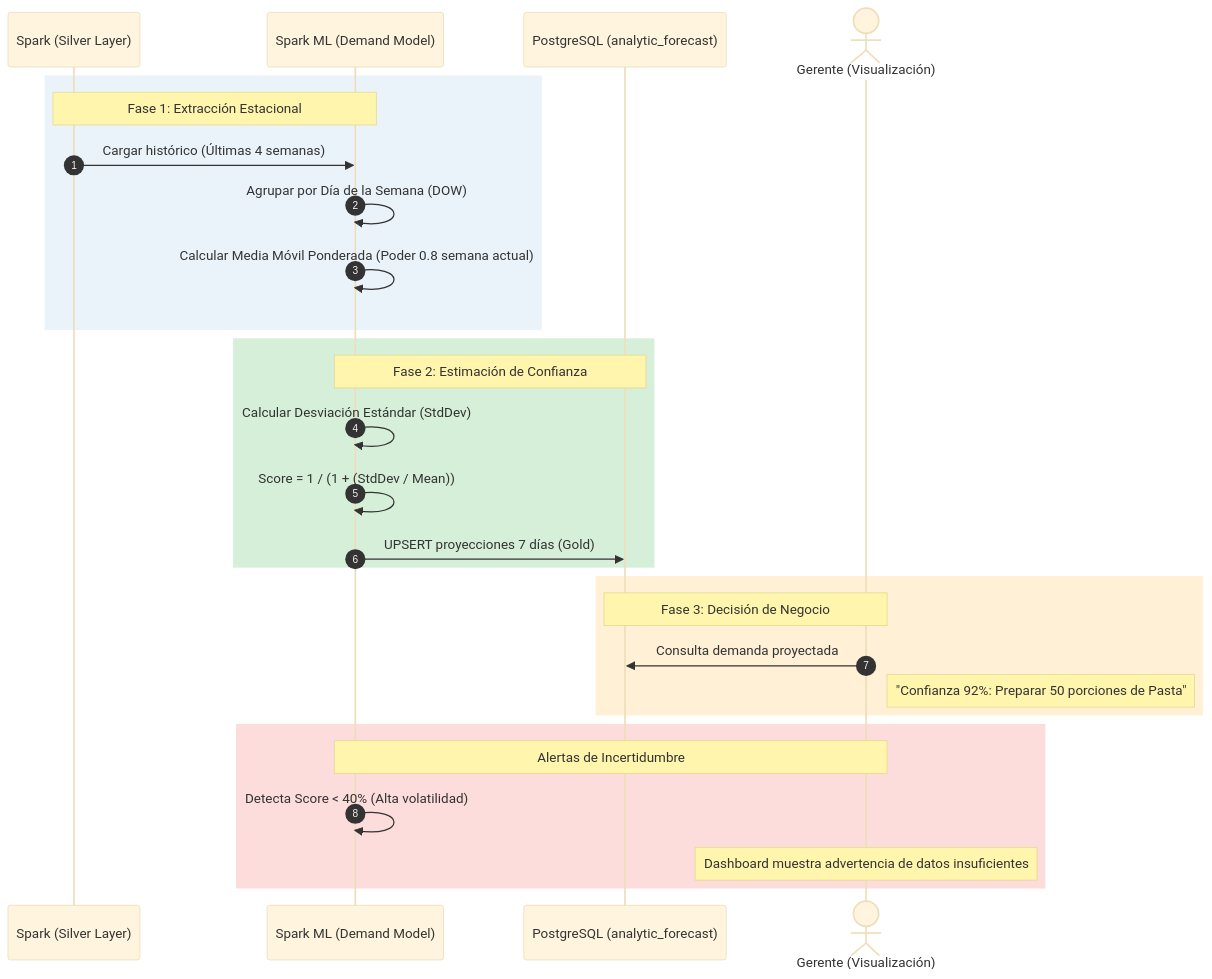
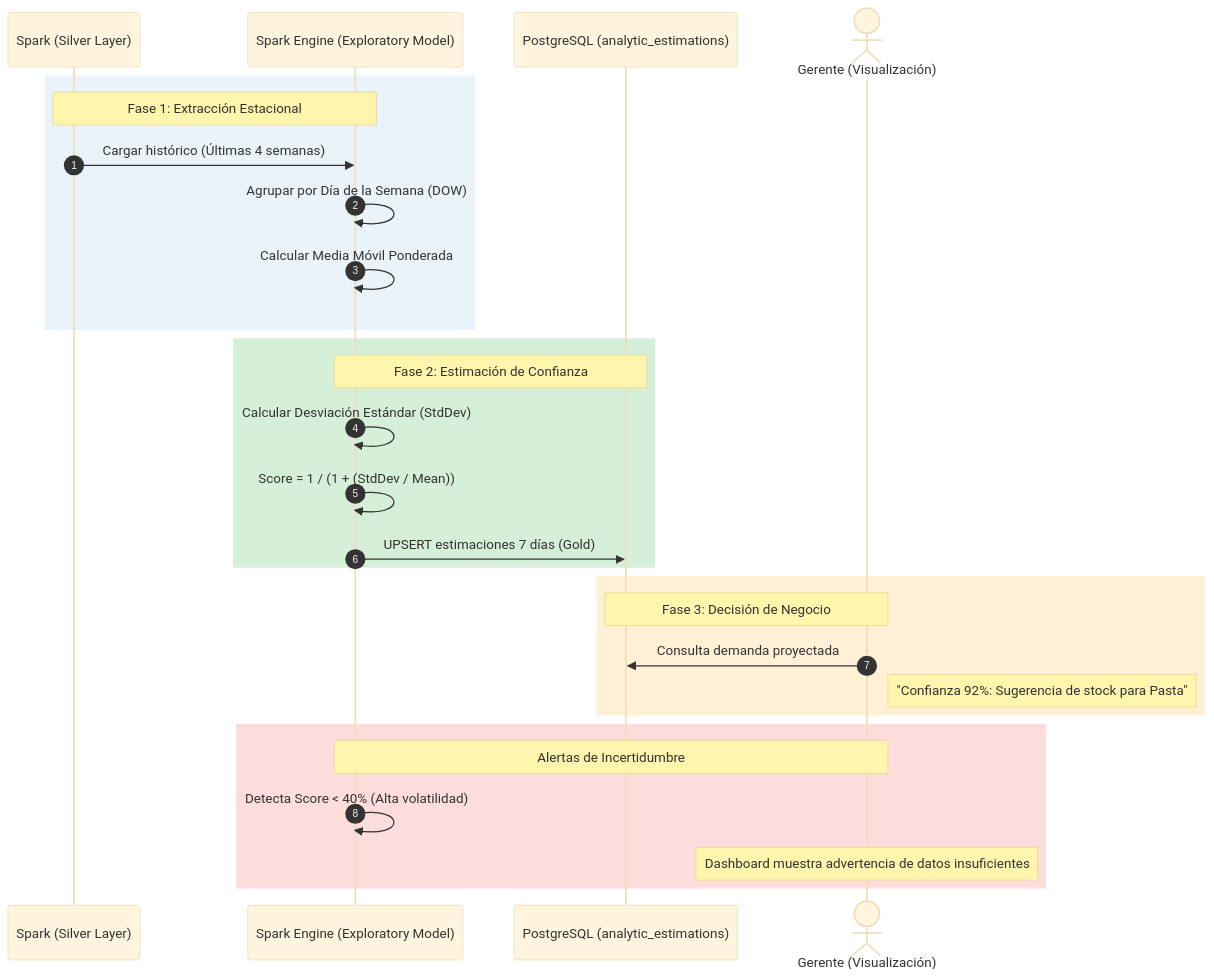
Before and after one commit to dvillagrans/Bouquet: the diagram in docs/_assets/casos_uso/CU_14.mmd, drawn with Mermaid (base theme). The commit also changed 27 other files, not shown here.

```diff
--- a/docs/_assets/casos_uso/CU_14.mmd
+++ b/docs/_assets/casos_uso/CU_14.mmd
@@ -1,34 +1,34 @@
 sequenceDiagram
     autonumber
     
     %% Color Palette
     participant S as Spark (Silver Layer)
-    participant ML as Spark ML (Demand Model)
-    participant DB as PostgreSQL (analytic_forecast)
+    participant M as Spark Engine (Exploratory Model)
+    participant DB as PostgreSQL (analytic_estimations)
     actor G as Gerente (Visualización)
 
     rect rgb(235, 243, 250)
-        Note over S,ML: Fase 1: Extracción Estacional
-        S->>ML: Cargar histórico (Últimas 4 semanas)
-        ML->>ML: Agrupar por Día de la Semana (DOW)
-        ML->>ML: Calcular Media Móvil Ponderada (Poder 0.8 semana actual)
+        Note over S,M: Fase 1: Extracción Estacional
+        S->>M: Cargar histórico (Últimas 4 semanas)
+        M->>M: Agrupar por Día de la Semana (DOW)
+        M->>M: Calcular Media Móvil Ponderada
     end
 
     rect rgb(214, 239, 216)
-        Note over ML,DB: Fase 2: Estimación de Confianza
-        ML->>ML: Calcular Desviación Estándar (StdDev)
-        ML->>ML: Score = 1 / (1 + (StdDev / Mean))
-        ML->>DB: UPSERT proyecciones 7 días (Gold)
+        Note over M,DB: Fase 2: Estimación de Confianza
+        M->>M: Calcular Desviación Estándar (StdDev)
+        M->>M: Score = 1 / (1 + (StdDev / Mean))
+        M->>DB: UPSERT estimaciones 7 días (Gold)
     end
 
     rect rgb(255, 240, 214)
         Note over G,DB: Fase 3: Decisión de Negocio
         G->>DB: Consulta demanda proyectada
-        Note right of G: "Confianza 92%: Preparar 50 porciones de Pasta"
+        Note right of G: "Confianza 92%: Sugerencia de stock para Pasta"
     end
 
     rect rgb(253, 220, 220)
-        Note over ML,G: Alertas de Incertidumbre
-        ML->>ML: Detecta Score < 40% (Alta volatilidad)
+        Note over M,G: Alertas de Incertidumbre
+        M->>M: Detecta Score < 40% (Alta volatilidad)
         Note over G: Dashboard muestra advertencia de datos insuficientes
     end
```
